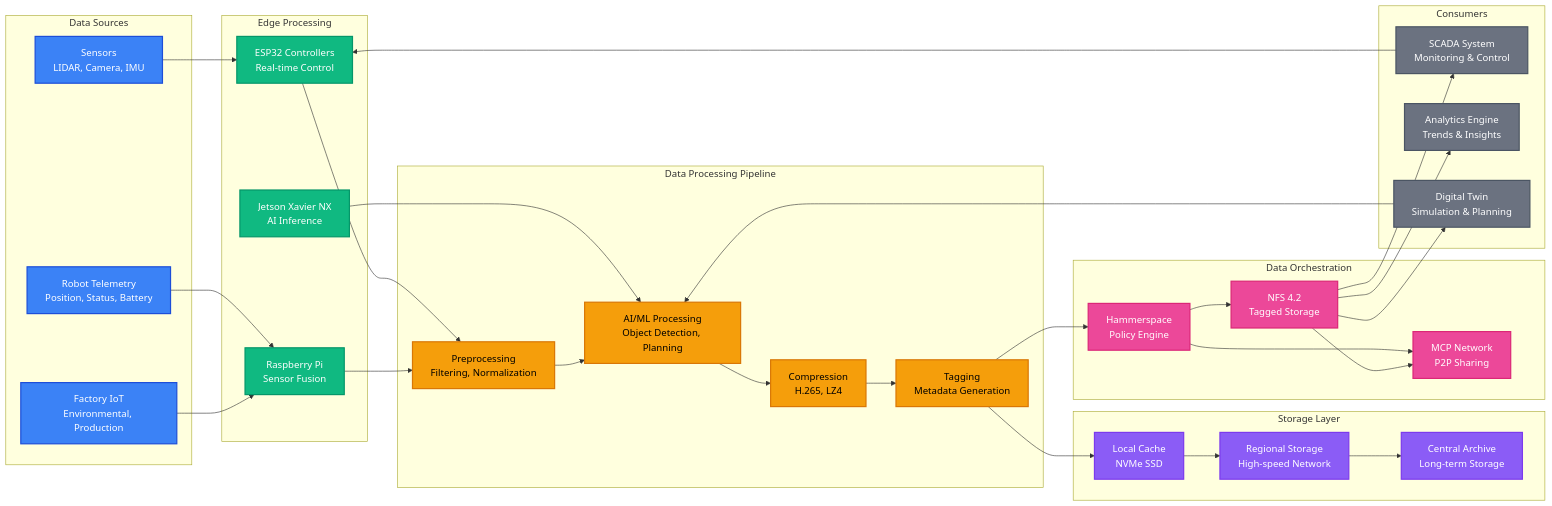
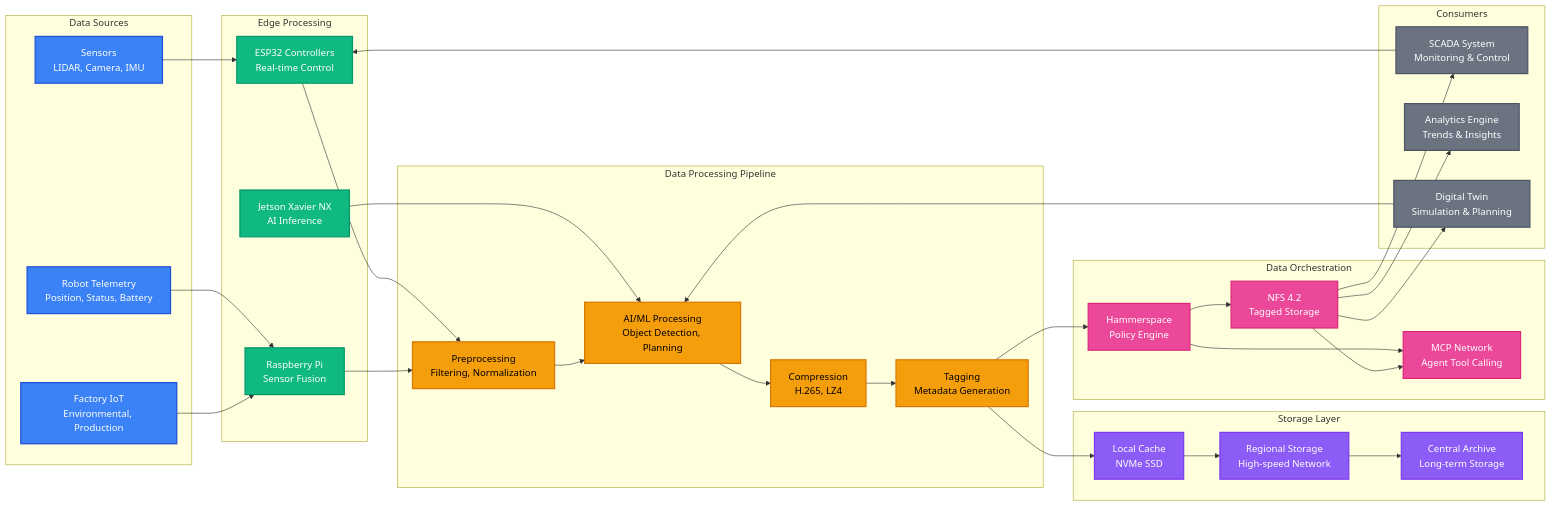
The diagram in isaac-nexus/diagrams/data_flow.mmd (databloom/robotics_platform), drawn with Mermaid before and after one commit. The commit also changed 6 other files, not shown here.

```diff
--- a/isaac-nexus/diagrams/data_flow.mmd
+++ b/isaac-nexus/diagrams/data_flow.mmd
@@ -1,87 +1,87 @@
 graph LR
     subgraph "Data Sources"
         SENSORS[Sensors<br/>LIDAR, Camera, IMU]
         ROBOTS[Robot Telemetry<br/>Position, Status, Battery]
         FACTORY[Factory IoT<br/>Environmental, Production]
     end
     
     subgraph "Edge Processing"
         ESP32[ESP32 Controllers<br/>Real-time Control]
         RPI[Raspberry Pi<br/>Sensor Fusion]
         JETSON[Jetson Xavier NX<br/>AI Inference]
     end
     
     subgraph "Data Processing Pipeline"
         PREPROC[Preprocessing<br/>Filtering, Normalization]
         AI[AI/ML Processing<br/>Object Detection, Planning]
         COMPRESS[Compression<br/>H.265, LZ4]
         TAG[Tagging<br/>Metadata Generation]
     end
     
     subgraph "Storage Layer"
         LOCAL[Local Cache<br/>NVMe SSD]
         REGIONAL[Regional Storage<br/>High-speed Network]
         CENTRAL[Central Archive<br/>Long-term Storage]
     end
     
     subgraph "Data Orchestration"
         HAMMERSPACE[Hammerspace<br/>Policy Engine]
         NFS42[NFS 4.2<br/>Tagged Storage]
-        MCP[MCP Network<br/>P2P Sharing]
+        MCP[MCP Network<br/>Agent Tool Calling]
     end
     
     subgraph "Consumers"
         SCADA[SCADA System<br/>Monitoring & Control]
         ANALYTICS[Analytics Engine<br/>Trends & Insights]
         DIGITAL_TWIN[Digital Twin<br/>Simulation & Planning]
     end
     
     %% Data flow from sources
     SENSORS --> ESP32
     ROBOTS --> RPI
     FACTORY --> RPI
     
     %% Edge processing flow
     ESP32 --> PREPROC
     RPI --> PREPROC
     JETSON --> AI
     
     %% Processing pipeline
     PREPROC --> AI
     AI --> COMPRESS
     COMPRESS --> TAG
     
     %% Storage flow
     TAG --> LOCAL
     LOCAL --> REGIONAL
     REGIONAL --> CENTRAL
     
     %% Orchestration
     TAG --> HAMMERSPACE
     HAMMERSPACE --> NFS42
     HAMMERSPACE --> MCP
     NFS42 --> MCP
     
     %% Consumer flow
     NFS42 --> SCADA
     NFS42 --> ANALYTICS
     NFS42 --> DIGITAL_TWIN
     
     %% Real-time feedback
     SCADA --> ESP32
     DIGITAL_TWIN --> AI
     
     %% Styling
     classDef source fill:#3B82F6,stroke:#1D4ED8,stroke-width:2px,color:#fff
     classDef edge fill:#10B981,stroke:#059669,stroke-width:2px,color:#fff
     classDef process fill:#F59E0B,stroke:#D97706,stroke-width:2px,color:#000
     classDef storage fill:#8B5CF6,stroke:#7C3AED,stroke-width:2px,color:#fff
     classDef orchestration fill:#EC4899,stroke:#DB2777,stroke-width:2px,color:#fff
     classDef consumer fill:#6B7280,stroke:#4B5563,stroke-width:2px,color:#fff
     
     class SENSORS,ROBOTS,FACTORY source
     class ESP32,RPI,JETSON edge
     class PREPROC,AI,COMPRESS,TAG process
     class LOCAL,REGIONAL,CENTRAL storage
     class HAMMERSPACE,NFS42,MCP orchestration
     class SCADA,ANALYTICS,DIGITAL_TWIN consumer
```
